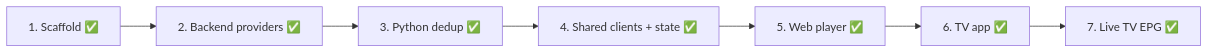
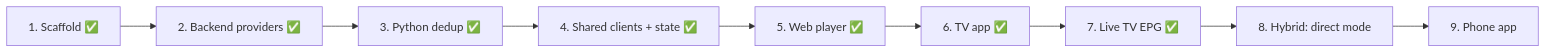
Before and after one commit to brunoccst/iptv-player: the diagram in documentation/NEXT-STEPS.md, drawn with Mermaid. The commit also changed other lines of this file and 23 other files, not shown here.

````diff
--- a/documentation/NEXT-STEPS.md
+++ b/documentation/NEXT-STEPS.md
@@ -7,5 +7,6 @@
 ```mermaid
 flowchart LR
   S1[1. Scaffold ✅] --> S2[2. Backend providers ✅] --> S3[3. Python dedup ✅] --> S4[4. Shared clients + state ✅]
-  S4 --> S5[5. Web player ✅] --> S6[6. TV app ✅] --> S7[7. Live TV EPG ✅]
+  S4 --> S5[5. Web player ✅] --> S6[6. TV app ✅] --> S7[7. Live TV EPG ✅] --> S8[8. Hybrid: direct mode]
+  S8 --> S9[9. Phone app]
 ```
````
